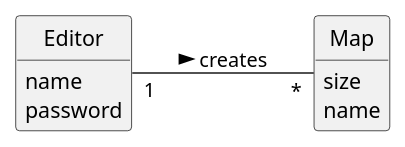
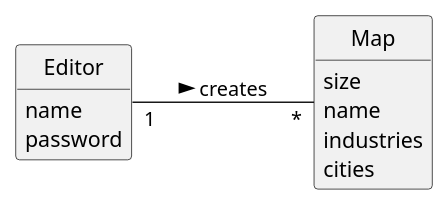
Before and after one commit to 1240935/pi2-railway-simulator: the diagram in Sprint2/US001/02.analysis/puml/US001-DM.puml, drawn with PlantUML. The commit also changed 20 other files, not shown here.

```diff
--- a/Sprint2/US001/02.analysis/puml/US001-DM.puml
+++ b/Sprint2/US001/02.analysis/puml/US001-DM.puml
@@ -1,29 +1,31 @@
 @startuml
 skinparam monochrome true
 skinparam packageStyle rectangle
 skinparam shadowing false
 'skinparam linetype ortho
 'left to right direction
 skinparam classAttributeIconSize 0
 hide circle
 hide methods
 
 left to right direction
 
 hide circle
 hide methods
 
 
 class Editor {
     name
     password
 }
 
 class Map {
     size
     name
+    industries
+    cities
 }
 
 
 Editor "1" -- "*" Map: creates >
 @enduml
```
